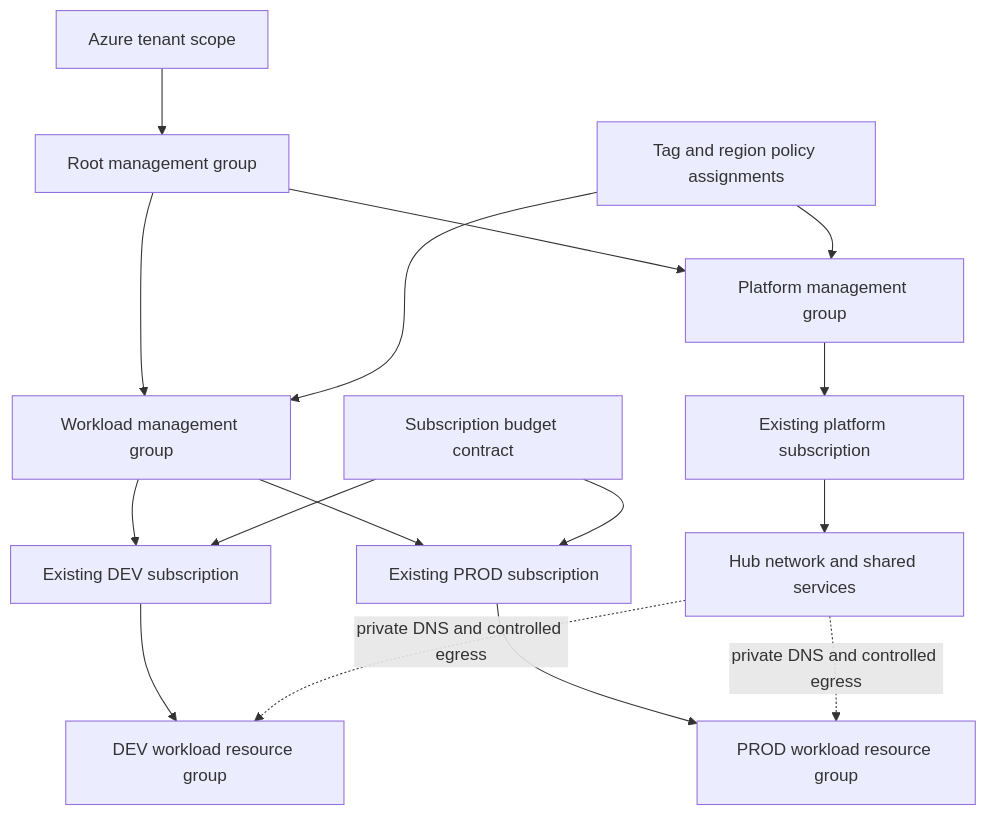
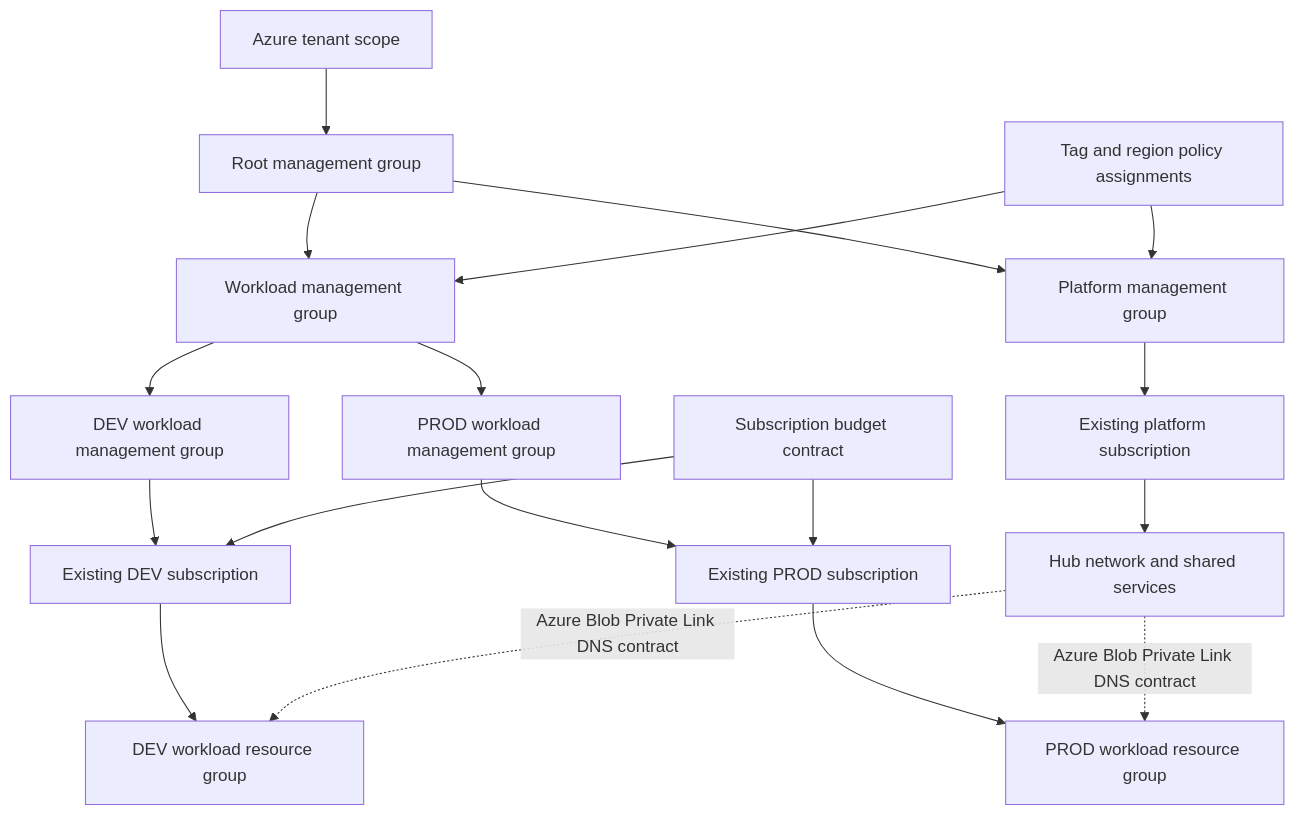
The diagram in README.md (kiranvalluri2016/azure-cloud-platform-architecture-reference), drawn with Mermaid before and after one commit. The commit also changed other lines of this file and 19 other files, not shown here.

````diff
--- a/README.md
+++ b/README.md
@@ -21,20 +21,22 @@
 ```mermaid
 flowchart TB
   Tenant[Azure tenant scope] --> Root[Root management group]
   Root --> Platform[Platform management group]
   Root --> Workloads[Workload management group]
+  Workloads --> DevMG[DEV workload management group]
+  Workloads --> ProdMG[PROD workload management group]
   Platform --> PlatformSub[Existing platform subscription]
-  Workloads --> DevSub[Existing DEV subscription]
-  Workloads --> ProdSub[Existing PROD subscription]
+  DevMG --> DevSub[Existing DEV subscription]
+  ProdMG --> ProdSub[Existing PROD subscription]
 
   PlatformSub --> Hub[Hub network and shared services]
   DevSub --> DevRG[DEV workload resource group]
   ProdSub --> ProdRG[PROD workload resource group]
-  Hub -. private DNS and controlled egress .-> DevRG
-  Hub -. private DNS and controlled egress .-> ProdRG
+  Hub -. Azure Blob Private Link DNS contract .-> DevRG
+  Hub -. Azure Blob Private Link DNS contract .-> ProdRG
 
   Policy[Tag and region policy assignments] --> Platform
   Policy --> Workloads
   Budget[Subscription budget contract] --> DevSub
   Budget --> ProdSub
 ```
````
